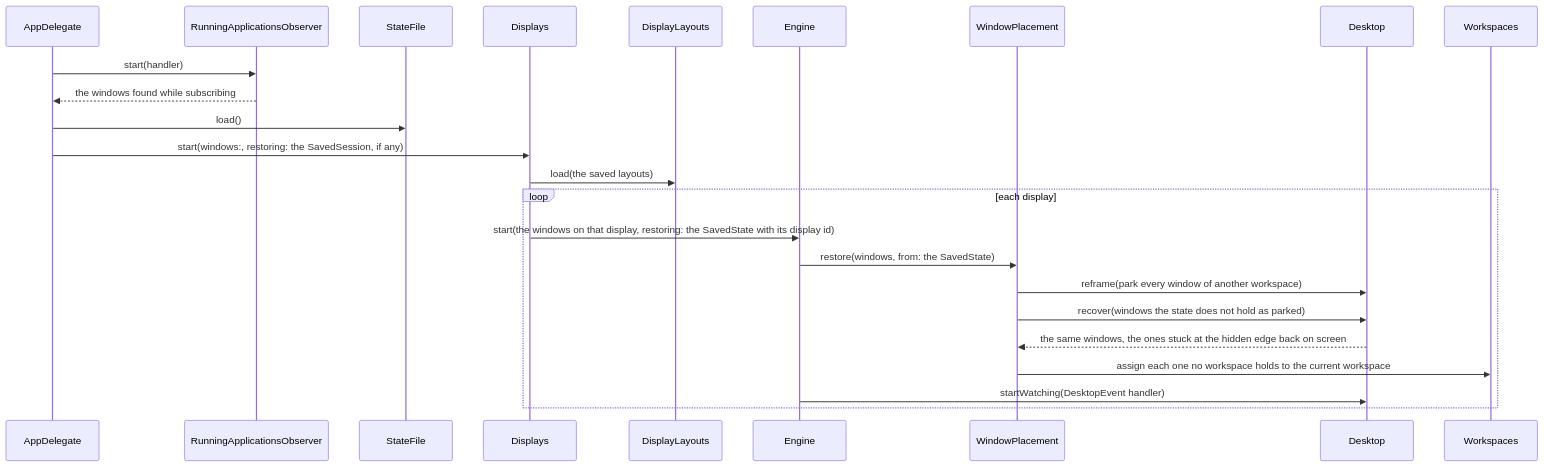
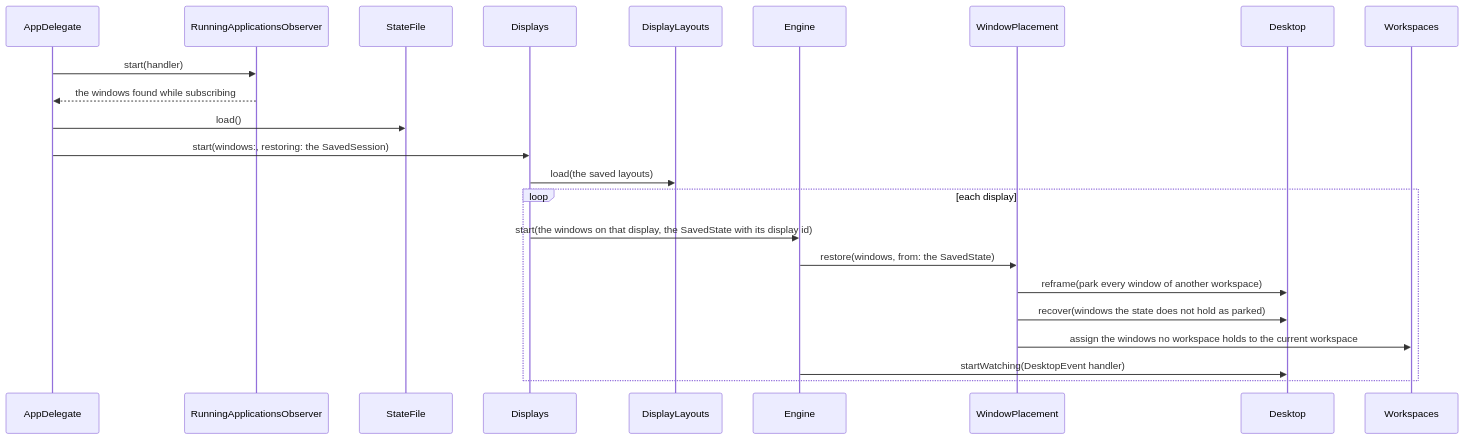
Before and after one commit to brennovich/ottowm: the tenth of 25 diagrams in ARCHITECTURE.md, drawn with Mermaid. The commit also changed other lines of this file, not shown here.

````diff
--- a/ARCHITECTURE.md
+++ b/ARCHITECTURE.md
@@ -277,17 +263,16 @@
 ```mermaid
 sequenceDiagram
     AppDelegate->>RunningApplicationsObserver: start(handler)
     RunningApplicationsObserver-->>AppDelegate: the windows found while subscribing
     AppDelegate->>StateFile: load()
-    AppDelegate->>Displays: start(windows:, restoring: the SavedSession, if any)
+    AppDelegate->>Displays: start(windows:, restoring: the SavedSession)
     Displays->>DisplayLayouts: load(the saved layouts)
     loop each display
-        Displays->>Engine: start(the windows on that display, restoring: the SavedState with its display id)
+        Displays->>Engine: start(the windows on that display, the SavedState with its display id)
         Engine->>WindowPlacement: restore(windows, from: the SavedState)
         WindowPlacement->>Desktop: reframe(park every window of another workspace)
         WindowPlacement->>Desktop: recover(windows the state does not hold as parked)
-        Desktop-->>WindowPlacement: the same windows, the ones stuck at the hidden edge back on screen
-        WindowPlacement->>Workspaces: assign each one no workspace holds to the current workspace
+        WindowPlacement->>Workspaces: assign the windows no workspace holds to the current workspace
         Engine->>Desktop: startWatching(DesktopEvent handler)
     end
 ```
````
